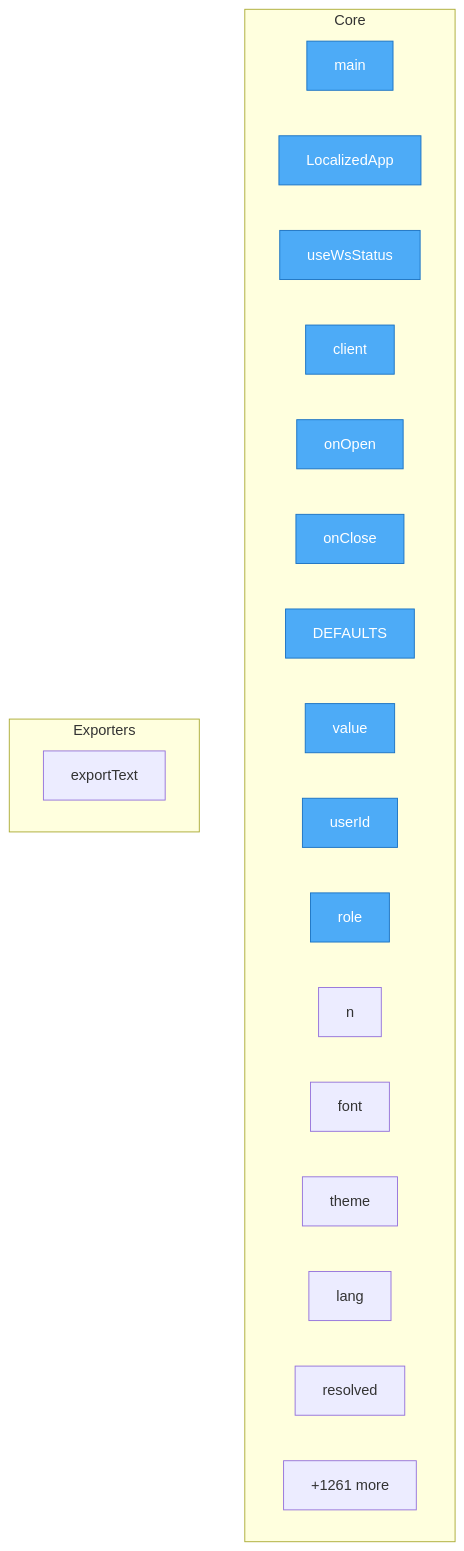
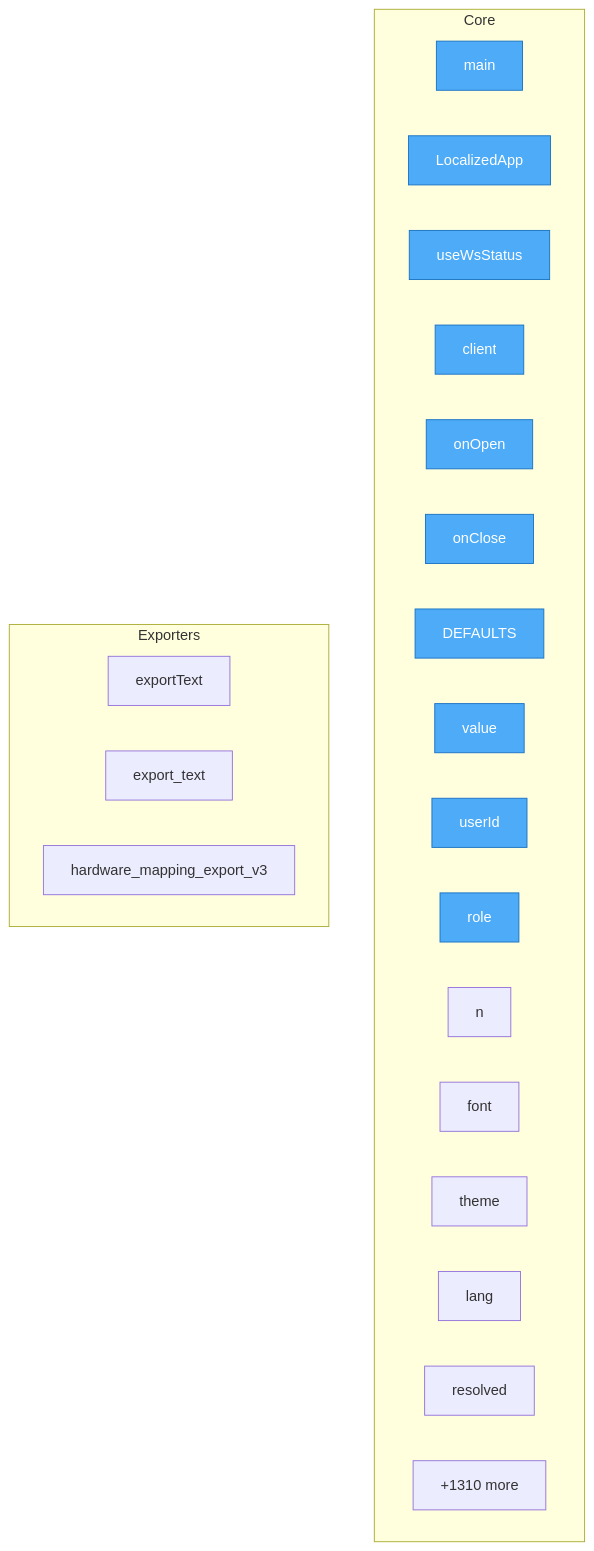
The diagram in project/flow.mmd (oqlos/oqlos), drawn with Mermaid before and after one commit. The commit also changed 28 other files, not shown here.

```diff
--- a/project/flow.mmd
+++ b/project/flow.mmd
@@ -1,30 +1,32 @@
 flowchart TD
-%% generated in 0.06s
+%% generated in 0.04s
 
     %% Entry points (blue)
     classDef entry fill:#4dabf7,stroke:#1971c2,color:#fff
 
     subgraph Core
         setup_hardware_and_run_oql__main["main"]
         frontend__src__main__LocalizedApp["LocalizedApp"]
         frontend__src__hooks__useWsStatus__useWsStatus["useWsStatus"]
         frontend__src__hooks__useWsStatus__client["client"]
         frontend__src__hooks__useWsStatus__onOpen["onOpen"]
         frontend__src__hooks__useWsStatus__onClose["onClose"]
         frontend__src__hooks__useUrlConfig__DEFAULTS["DEFAULTS"]
         frontend__src__hooks__useUrlConfig__value["value"]
         frontend__src__hooks__useUrlConfig__userId["userId"]
         frontend__src__hooks__useUrlConfig__role["role"]
         frontend__src__hooks__useUrlConfig__n["n"]
         frontend__src__hooks__useUrlConfig__font["font"]
         frontend__src__hooks__useUrlConfig__theme["theme"]
         frontend__src__hooks__useUrlConfig__lang["lang"]
         frontend__src__hooks__useUrlConfig__resolved["resolved"]
-        ...["+1261 more"]
+        ...["+1310 more"]
     end
 
     subgraph Exporters
         frontend__src__pages__HardwareRestart__exportText["exportText"]
+        oqlos__api__hardware_mapping_store__MappingStore__export_text["export_text"]
+        oqlos__api__hardware_v3__hardware_mapping_export_v3["hardware_mapping_export_v3"]
     end
 
     class setup_hardware_and_run_oql__main,frontend__src__main__LocalizedApp,frontend__src__hooks__useWsStatus__useWsStatus,frontend__src__hooks__useWsStatus__client,frontend__src__hooks__useWsStatus__onOpen,frontend__src__hooks__useWsStatus__onClose,frontend__src__hooks__useUrlConfig__DEFAULTS,frontend__src__hooks__useUrlConfig__value,frontend__src__hooks__useUrlConfig__userId,frontend__src__hooks__useUrlConfig__role entry
```
